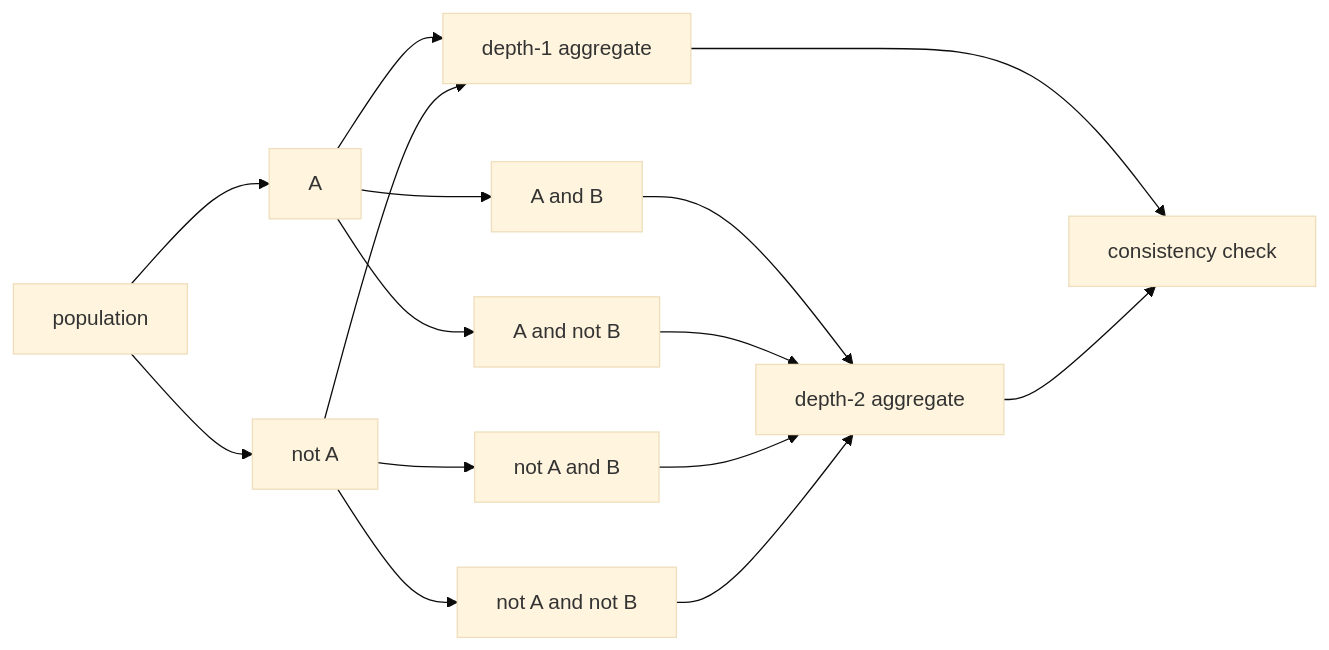
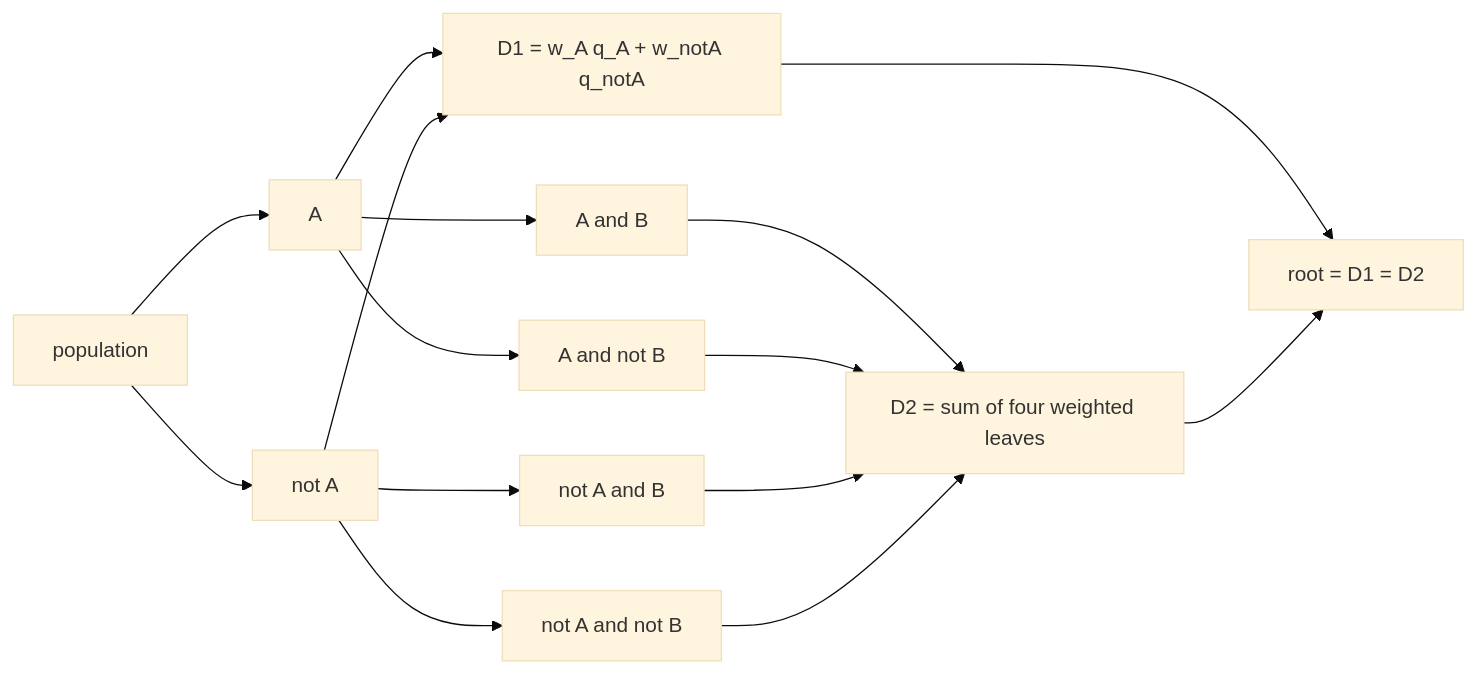
Before and after one commit to Betancourt1/paper_atlas: the first of 3 diagrams in docs/visual-manifests/VISUAL_MANIFEST_PARTITION_PROMPT_AGGREGATE.md, drawn with Mermaid (base theme). The commit also changed other lines of this file and 7 other files, not shown here.

````diff
--- a/docs/visual-manifests/VISUAL_MANIFEST_PARTITION_PROMPT_AGGREGATE.md
+++ b/docs/visual-manifests/VISUAL_MANIFEST_PARTITION_PROMPT_AGGREGATE.md
@@ -208,27 +208,27 @@
 ```mermaid
 flowchart LR
   n0["population"]
   n1["A"]
   n2["not A"]
   n3["A and B"]
   n4["A and not B"]
   n5["not A and B"]
   n6["not A and not B"]
-  n7["depth-1 aggregate"]
-  n8["depth-2 aggregate"]
-  n9["consistency check"]
+  n7["D1 = w_A q_A + w_notA q_notA"]
+  n8["D2 = sum of four weighted leaves"]
+  n9["root = D1 = D2"]
   n0 --> n1
   n0 --> n2
   n1 --> n3
   n1 --> n4
   n2 --> n5
   n2 --> n6
   n1 --> n7
   n2 --> n7
   n3 --> n8
   n4 --> n8
   n5 --> n8
   n6 --> n8
   n7 --> n9
   n8 --> n9
 ```
````
